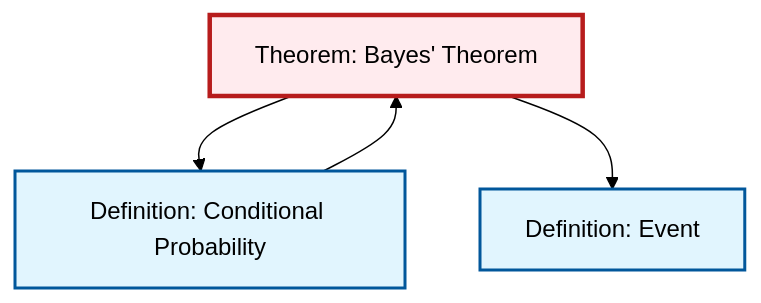
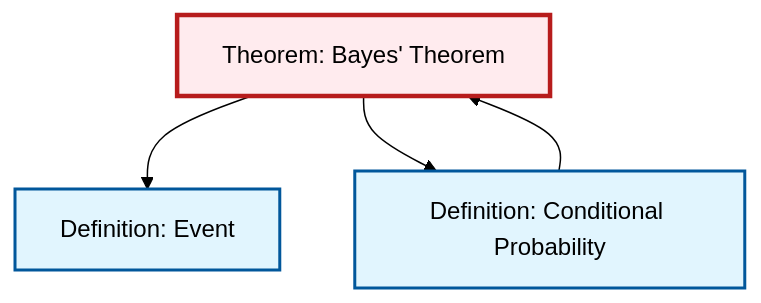
The diagram in output/mermaid/thm-bayes.mermaid (RK0429/ModernMath), drawn with Mermaid (forest theme) before and after one commit. The commit also changed other lines of this file and 1120 other files, not shown here.

````diff
--- a/output/mermaid/thm-bayes.mermaid
+++ b/output/mermaid/thm-bayes.mermaid
@@ -1,16 +1,16 @@
 ```{mermaid}
 %%| fig-cap: "Local dependency graph"
 graph TD
     classDef definition fill:#e1f5fe,stroke:#01579b,stroke-width:2px
     classDef theorem fill:#f3e5f5,stroke:#4a148c,stroke-width:2px
     classDef axiom fill:#fff3e0,stroke:#e65100,stroke-width:2px
     classDef example fill:#e8f5e9,stroke:#1b5e20,stroke-width:2px
     classDef current fill:#ffebee,stroke:#b71c1c,stroke-width:3px
     thm-bayes["Theorem: Bayes' Theorem"]:::theorem
+    def-conditional-probability["Definition: Conditional Probability"]:::definition
     def-event["Definition: Event"]:::definition
-    def-conditional-probability["Definition: Conditional Probability"]:::definition
+    thm-bayes --> def-event
+    def-conditional-probability --> thm-bayes
     thm-bayes --> def-conditional-probability
-    def-conditional-probability --> thm-bayes
-    thm-bayes --> def-event
     class thm-bayes current
 ```
````
